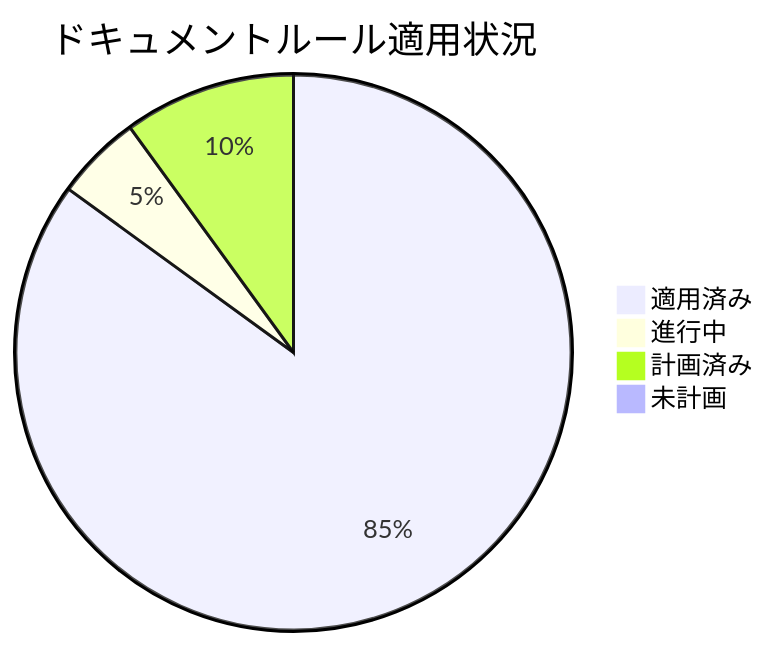
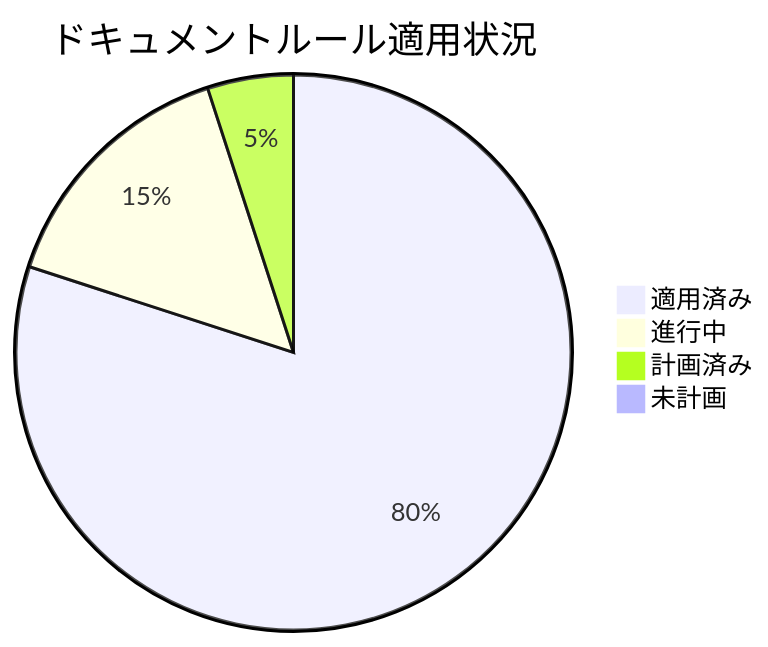
Before and after one commit to ToyB0x/git-resume: the first of 2 diagrams in docs/PROGRESS.md, drawn with Mermaid. The commit also changed other lines of this file and 3 other files, not shown here.

````diff
--- a/docs/PROGRESS.md
+++ b/docs/PROGRESS.md
@@ -19,7 +19,7 @@
 ```mermaid
 pie title ドキュメントルール適用状況
-    "適用済み" : 85
-    "進行中" : 5
-    "計画済み" : 10
+    "適用済み" : 80
+    "進行中" : 15
+    "計画済み" : 5
     "未計画" : 0
 ```
````
